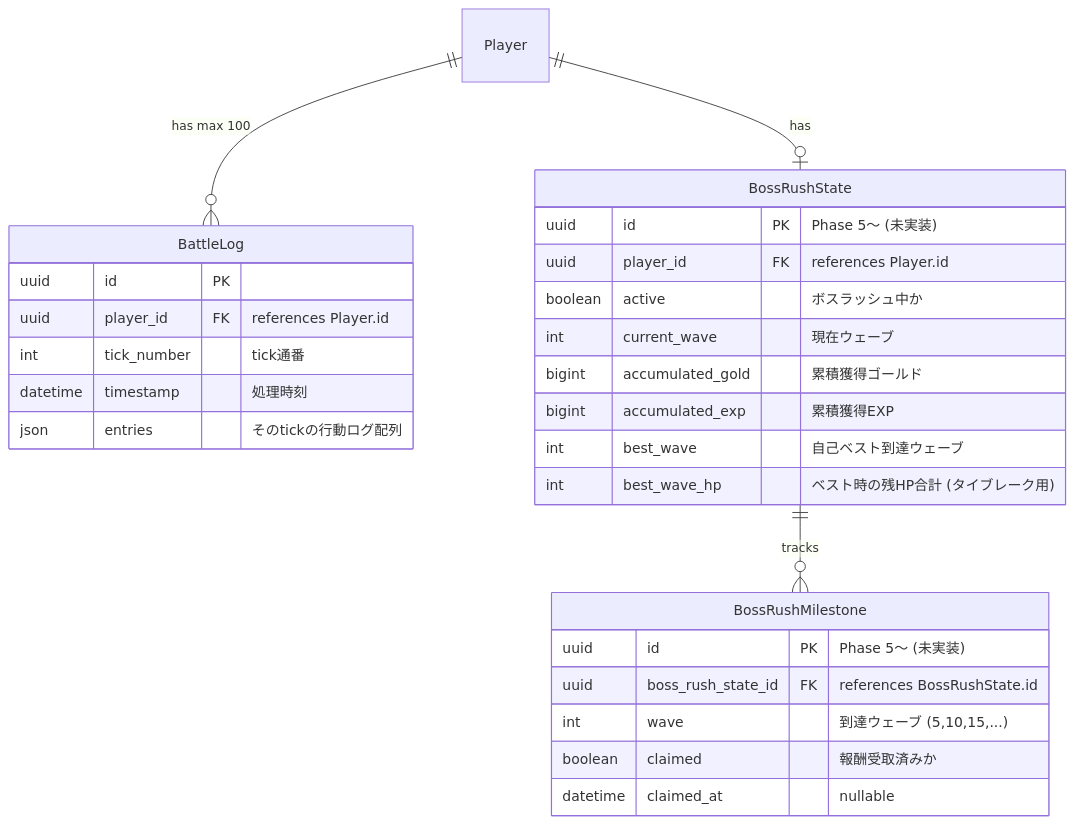
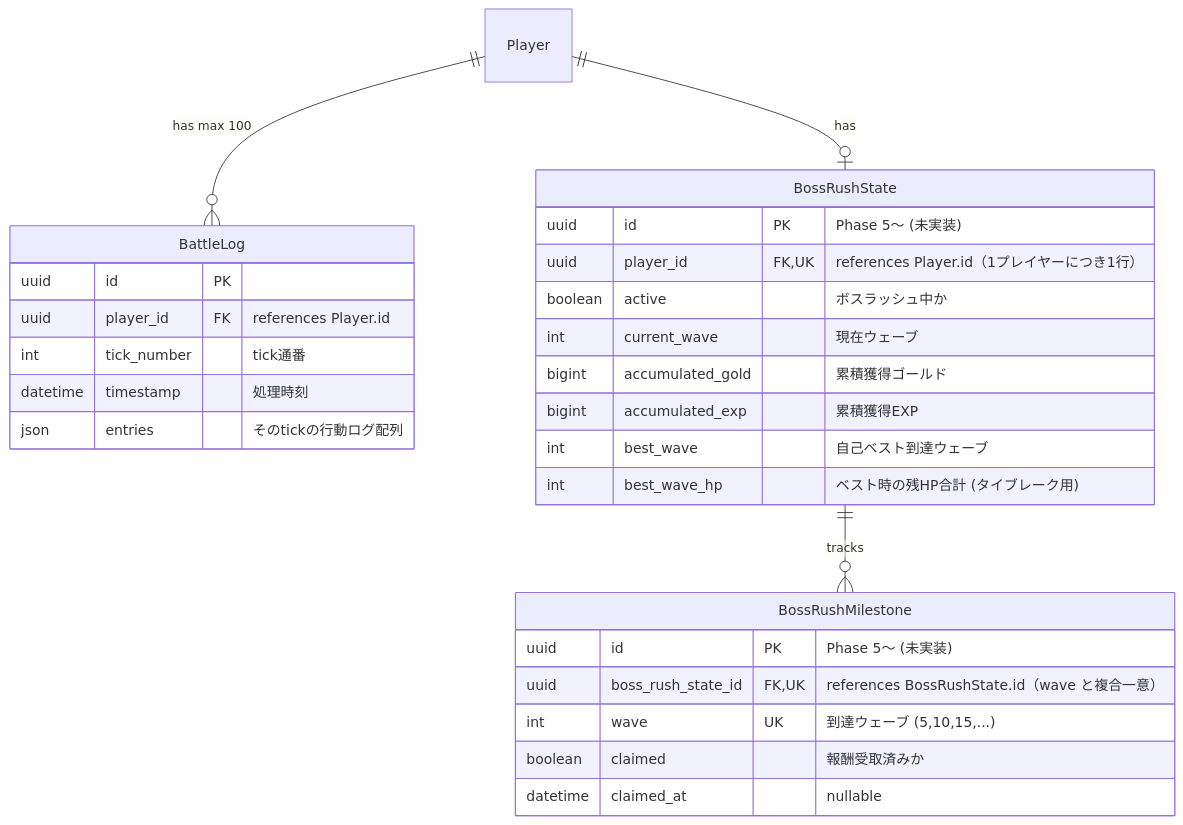
Before and after one commit to dateeee/2026_AFKGAME: the first of 2 diagrams in diagrams/er_diagram/battle.md, drawn with Mermaid. The commit also changed 12 other files, not shown here.

First line of the commit message:
docs: 仕様確定ゲートの指摘8件を反映（doc-review 4件 + diagrams-review 4件）

````diff
--- a/diagrams/er_diagram/battle.md
+++ b/diagrams/er_diagram/battle.md
@@ -8,34 +8,34 @@
 ```mermaid
 %%{init: {'theme': 'default', 'themeVariables': {'fontSize': '16px'}} }%%
 erDiagram
     Player ||--o{ BattleLog : "has max 100"
     Player ||--o| BossRushState : "has"
     BossRushState ||--o{ BossRushMilestone : "tracks"
 
     BattleLog {
         uuid id PK
         uuid player_id FK "references Player.id"
         int tick_number "tick通番"
         datetime timestamp "処理時刻"
         json entries "そのtickの行動ログ配列"
     }
 
     BossRushState {
         uuid id PK "Phase 5〜 (未実装)"
-        uuid player_id FK "references Player.id"
+        uuid player_id FK, UK "references Player.id（1プレイヤーにつき1行）"
         boolean active "ボスラッシュ中か"
         int current_wave "現在ウェーブ"
         bigint accumulated_gold "累積獲得ゴールド"
         bigint accumulated_exp "累積獲得EXP"
         int best_wave "自己ベスト到達ウェーブ"
         int best_wave_hp "ベスト時の残HP合計 (タイブレーク用)"
     }
 
     BossRushMilestone {
         uuid id PK "Phase 5〜 (未実装)"
-        uuid boss_rush_state_id FK "references BossRushState.id"
-        int wave "到達ウェーブ (5,10,15,...)"
+        uuid boss_rush_state_id FK, UK "references BossRushState.id（wave と複合一意）"
+        int wave UK "到達ウェーブ (5,10,15,...)"
         boolean claimed "報酬受取済みか"
         datetime claimed_at "nullable"
     }
 ```
````
